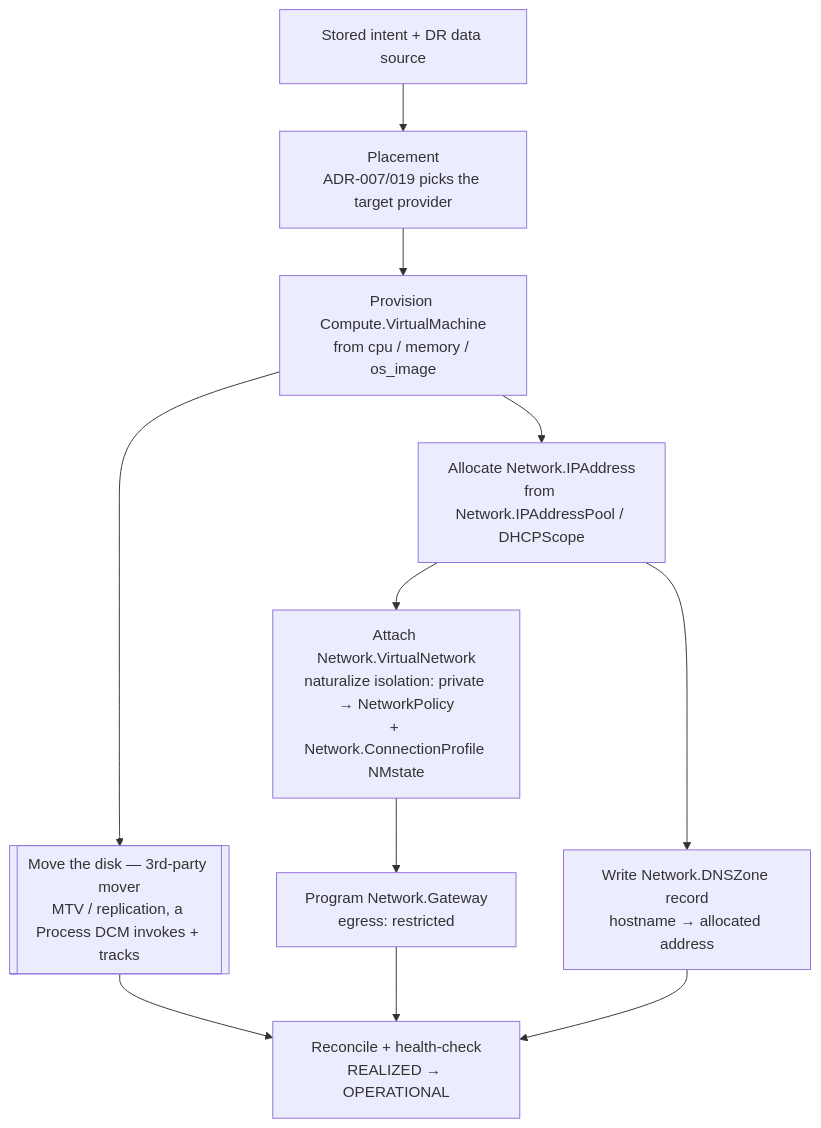
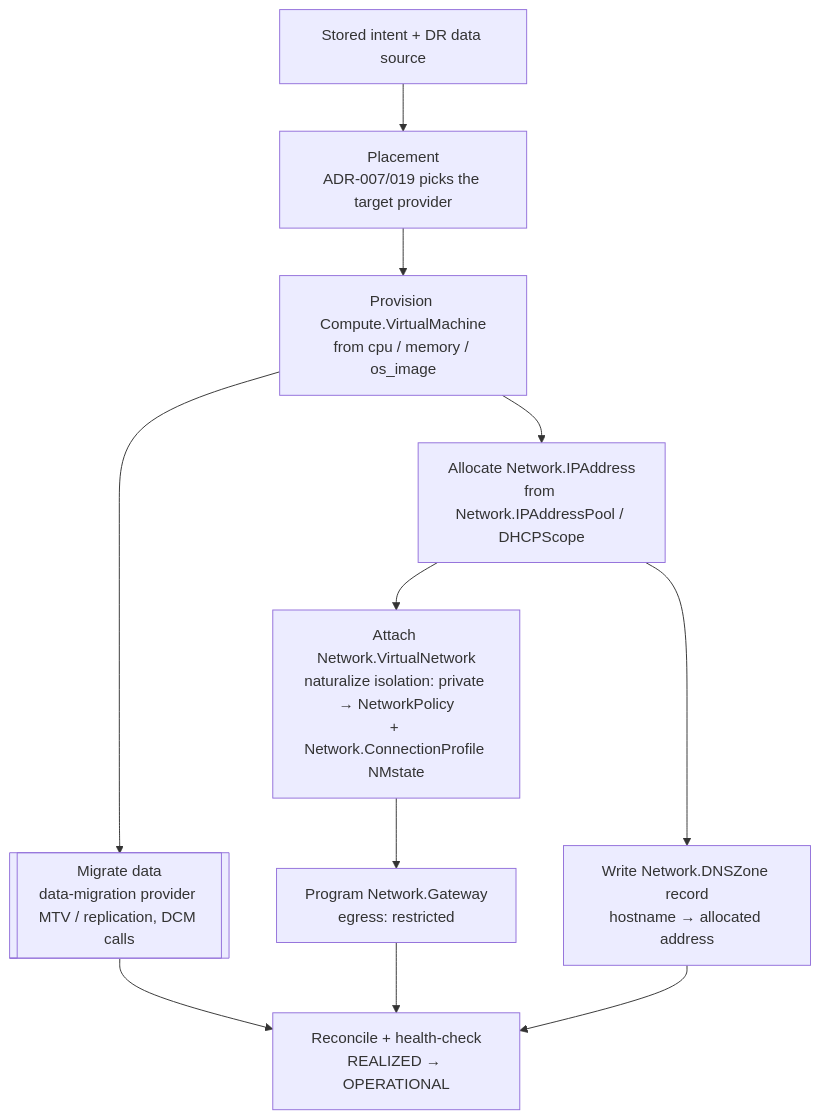
Before and after one commit to croadfeldt/dcm: the first of 2 diagrams in docs/how-to/workload-migration-and-rehydration-example.md, drawn with Mermaid. The commit also changed other lines of this file, not shown here.

First line of the commit message:
docs(migration): data-migration is a provider DCM calls; terminology (migration/rehydration); data not storage

````diff
--- a/docs/how-to/workload-migration-and-rehydration-example.md
+++ b/docs/how-to/workload-migration-and-rehydration-example.md
@@ -128,13 +130,13 @@
 ```mermaid
 flowchart TD
     I[Stored intent + DR data source] --> P[Placement<br/>ADR-007/019 picks the target provider]
     P --> VM[Provision Compute.VirtualMachine<br/>from cpu / memory / os_image]
     VM --> IP[Allocate Network.IPAddress<br/>from Network.IPAddressPool / DHCPScope]
     IP --> NET[Attach Network.VirtualNetwork<br/>naturalize isolation: private → NetworkPolicy<br/>+ Network.ConnectionProfile NMstate]
     NET --> GW[Program Network.Gateway<br/>egress: restricted]
-    VM --> DATA[[Move the disk — 3rd-party mover<br/>MTV / replication, a Process DCM invokes + tracks]]
+    VM --> DATA[[Migrate data<br/>data-migration provider MTV / replication, DCM calls]]
     IP --> DNS[Write Network.DNSZone record<br/>hostname → allocated address]
     DATA --> REC[Reconcile + health-check<br/>REALIZED → OPERATIONAL]
     GW --> REC
     DNS --> REC
 ```
````
